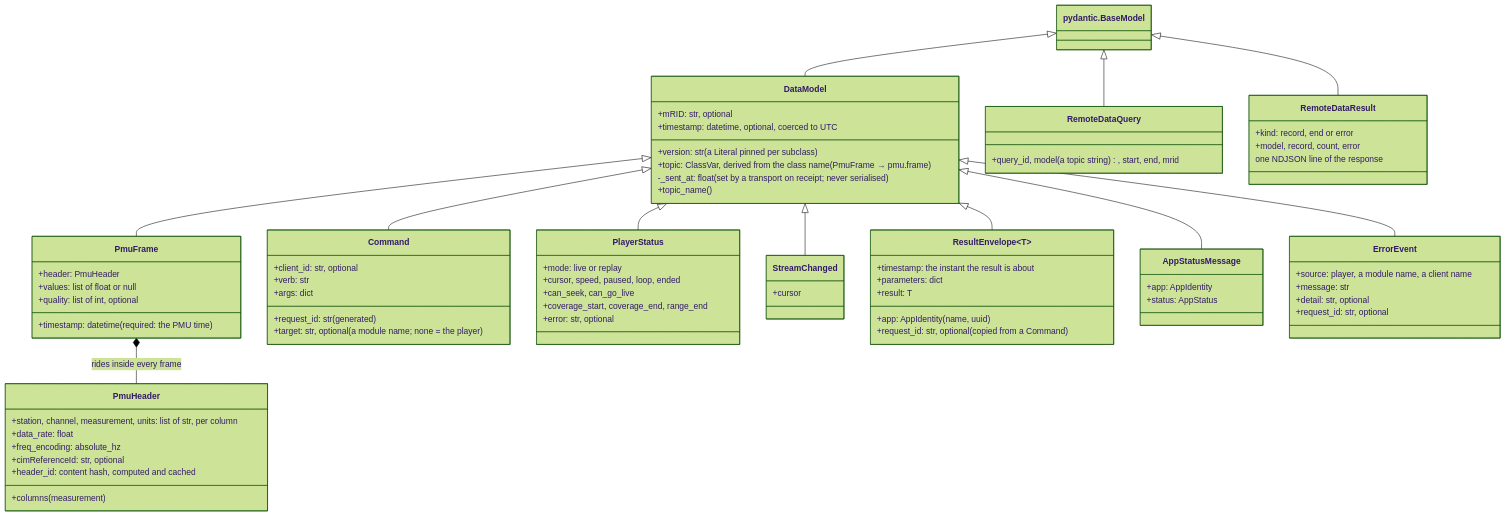
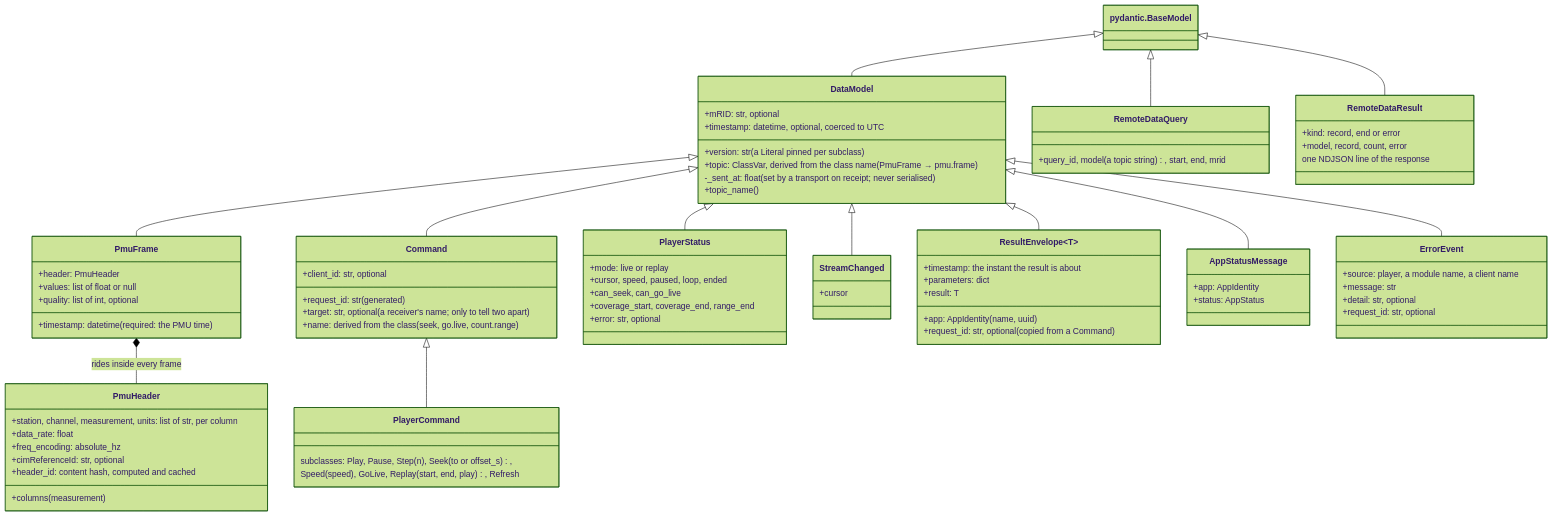
One commit to thomanil/p-SWAMP changed the fourth of 4 diagrams in doc/server-data-architecture-diagrams.md. Above: the diagram before and after it, drawn with Mermaid (forest theme). The commit also changed other lines of this file and 31 other files, not shown here.

```diff
--- a/doc/server-data-architecture-diagrams.md
+++ b/doc/server-data-architecture-diagrams.md
@@ -289,10 +291,14 @@
     class Command {
         +request_id: str  (generated)
         +client_id: str, optional
-        +target: str, optional  (a module name; none = the player)
-        +verb: str
-        +args: dict
+        +target: str, optional  (a receiver's name; only to tell two apart)
+        +name: derived from the class  (seek, go.live, count.range)
     }
+    class PlayerCommand {
+        subclasses: Play, Pause, Step(n), Seek(to or offset_s),
+        Speed(speed), GoLive, Replay(start, end, play), Refresh
+    }
+    Command <|-- PlayerCommand
     class PlayerStatus {
         +mode: live or replay
         +cursor, speed, paused, loop, ended
```
